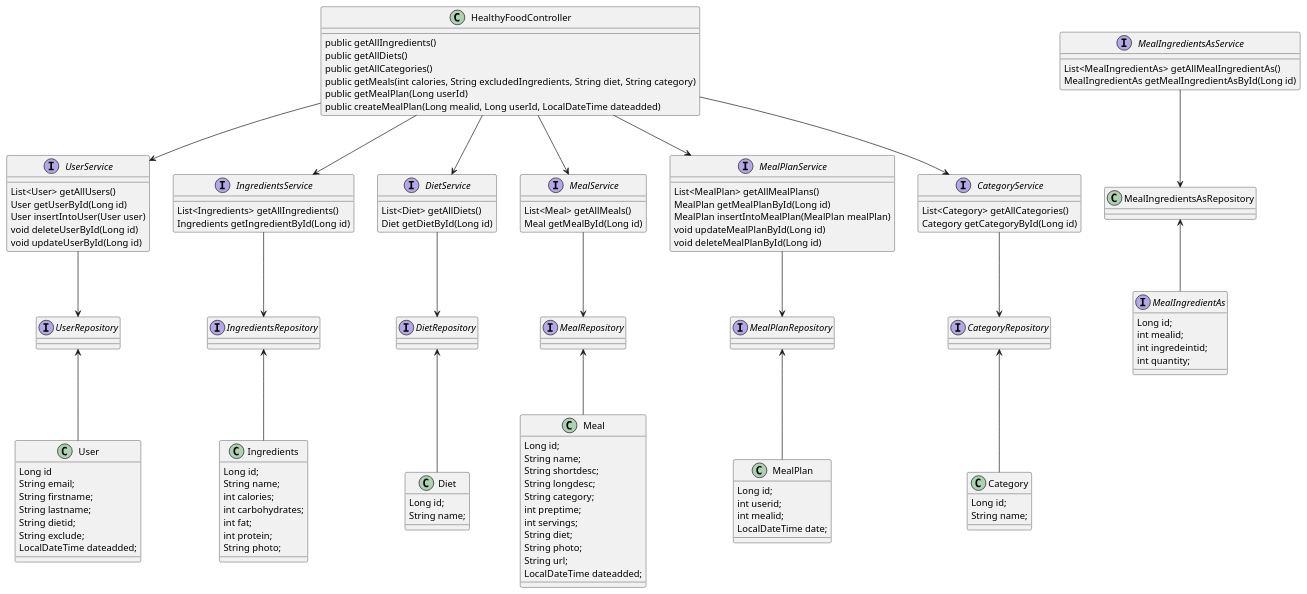
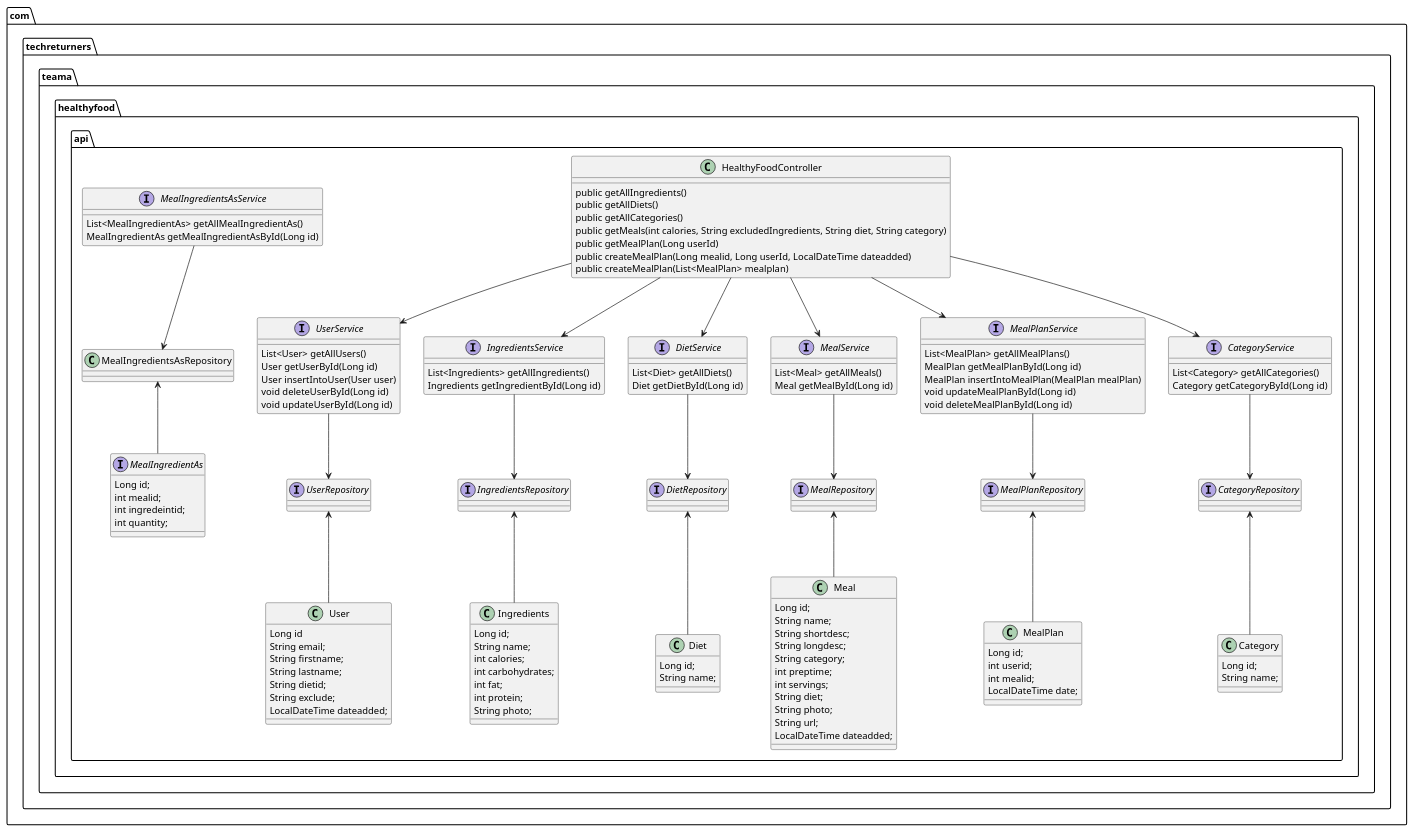
Before and after one commit to jayshree430/healthy-food-api: the diagram in src/main/resources/HealthyFoodControllerAndServicesUML.puml, drawn with PlantUML.

Commit message:
Created an new endpoint for createMealPlan in class diagram HealthyFoodControllerAndServicesUML. also added the whole UML inside a package

```diff
--- a/src/main/resources/HealthyFoodControllerAndServicesUML.puml
+++ b/src/main/resources/HealthyFoodControllerAndServicesUML.puml
@@ -1,146 +1,148 @@
 @startuml
+package "com.techreturners.teama.healthyfood.api" {
 
-HealthyFoodController --> UserService
-HealthyFoodController --> IngredientsService
-HealthyFoodController --> DietService
-HealthyFoodController --> MealService
-HealthyFoodController --> MealPlanService
-HealthyFoodController --> CategoryService
-UserService --> UserRepository
-IngredientsService --> IngredientsRepository
-DietService --> DietRepository
-MealService --> MealRepository
-MealPlanService --> MealPlanRepository
-MealIngredientsAsService --> MealIngredientsAsRepository
-CategoryService --> CategoryRepository
-UserRepository <-- User
-IngredientsRepository <-- Ingredients
-DietRepository <-- Diet
-MealRepository <-- Meal
-MealPlanRepository <-- MealPlan
-CategoryRepository <-- Category
-MealIngredientsAsRepository <-- MealIngredientAs
+    HealthyFoodController --> UserService
+    HealthyFoodController --> IngredientsService
+    HealthyFoodController --> DietService
+    HealthyFoodController --> MealService
+    HealthyFoodController --> MealPlanService
+    HealthyFoodController --> CategoryService
+    UserService --> UserRepository
+    IngredientsService --> IngredientsRepository
+    DietService --> DietRepository
+    MealService --> MealRepository
+    MealPlanService --> MealPlanRepository
+    MealIngredientsAsService --> MealIngredientsAsRepository
+    CategoryService --> CategoryRepository
+    UserRepository <-- User
+    IngredientsRepository <-- Ingredients
+    DietRepository <-- Diet
+    MealRepository <-- Meal
+    MealPlanRepository <-- MealPlan
+    CategoryRepository <-- Category
+    MealIngredientsAsRepository <-- MealIngredientAs
 
-Class HealthyFoodController{
+    Class HealthyFoodController{
 
-    public getAllIngredients()
-    public getAllDiets()
-    public getAllCategories()
-    public getMeals(int calories, String excludedIngredients, String diet, String category)
-    public getMealPlan(Long userId)
-    public createMealPlan(Long mealid, Long userId, LocalDateTime dateadded)
+        public getAllIngredients()
+        public getAllDiets()
+        public getAllCategories()
+        public getMeals(int calories, String excludedIngredients, String diet, String category)
+        public getMealPlan(Long userId)
+        public createMealPlan(Long mealid, Long userId, LocalDateTime dateadded)
+        public createMealPlan(List<MealPlan> mealplan)
+    }
+    interface DietService {
+        List<Diet> getAllDiets()
+        Diet getDietById(Long id)
+    }
+    interface CategoryService {
+        List<Category> getAllCategories()
+        Category getCategoryById(Long id)
+    }
+    interface IngredientsService {
+
+        List<Ingredients> getAllIngredients()
+        Ingredients getIngredientById(Long id)
+    }
+
+    interface MealPlanService {
+
+        List<MealPlan> getAllMealPlans()
+        MealPlan getMealPlanById(Long id)
+        MealPlan insertIntoMealPlan(MealPlan mealPlan)
+        void updateMealPlanById(Long id)
+        void deleteMealPlanById(Long id)
+    }
+    interface MealIngredientsAsService {
+
+        List<MealIngredientAs> getAllMealIngredientAs()
+        MealIngredientAs getMealIngredientAsById(Long id)
+    }
+
+    interface MealService {
+        List<Meal> getAllMeals()
+        Meal getMealById(Long id)
+    }
+
+    interface UserService {
+        List<User> getAllUsers()
+        User getUserById(Long id)
+        User insertIntoUser(User user)
+        void deleteUserById(Long id)
+        void updateUserById(Long id)
+    }
+
+    class User {
+        Long id
+            String email;
+            String firstname;
+            String lastname;
+            String dietid;
+            String exclude;
+            LocalDateTime dateadded;
+    }
+
+    class Ingredients{
+        Long id;
+        String name;
+        int calories;
+        int carbohydrates;
+        int fat;
+        int protein;
+        String photo;
+    }
+
+    class MealIngredientAs{
+        Long id;
+        int mealid;
+        int ingredeintid;
+        int quantity;
+    }
+
+    class Diet{
+        Long id;
+        String name;
+    }
+
+    class Meal{
+        Long id;
+        String name;
+        String shortdesc;
+        String longdesc;
+        String category;
+        int preptime;
+        int servings;
+        String diet;
+        String photo;
+        String url;
+        LocalDateTime dateadded;
+    }
+
+    class Category{
+        Long id;
+        String name;
+    }
+
+    class MealPlan{
+        Long id;
+        int userid;
+        int mealid;
+        LocalDateTime date;
+    }
+    interface UserRepository{
+    }
+    interface CategoryRepository{
+    }
+    interface IngredientsRepository{
+    }
+    interface DietRepository{
+    }
+    interface MealPlanRepository{
+    }
+    interface MealRepository{
+    }
+    interface MealIngredientAs{
+    }
 }
-interface DietService {
-    List<Diet> getAllDiets()
-    Diet getDietById(Long id)
-}
-interface CategoryService {
-    List<Category> getAllCategories()
-    Category getCategoryById(Long id)
-}
-interface IngredientsService {
-
-    List<Ingredients> getAllIngredients()
-    Ingredients getIngredientById(Long id)
-}
-
-interface MealPlanService {
-
-    List<MealPlan> getAllMealPlans()
-    MealPlan getMealPlanById(Long id)
-    MealPlan insertIntoMealPlan(MealPlan mealPlan)
-    void updateMealPlanById(Long id)
-    void deleteMealPlanById(Long id)
-}
-interface MealIngredientsAsService {
-
-    List<MealIngredientAs> getAllMealIngredientAs()
-    MealIngredientAs getMealIngredientAsById(Long id)
-}
-
-interface MealService {
-    List<Meal> getAllMeals()
-    Meal getMealById(Long id)
-}
-
-interface UserService {
-    List<User> getAllUsers()
-    User getUserById(Long id)
-    User insertIntoUser(User user)
-    void deleteUserById(Long id)
-    void updateUserById(Long id)
-}
-
-class User {
-    Long id
-        String email;
-        String firstname;
-        String lastname;
-        String dietid;
-        String exclude;
-        LocalDateTime dateadded;
-}
-
-class Ingredients{
-    Long id;
-    String name;
-    int calories;
-    int carbohydrates;
-    int fat;
-    int protein;
-    String photo;
-}
-
-class MealIngredientAs{
-    Long id;
-    int mealid;
-    int ingredeintid;
-    int quantity;
-}
-
-class Diet{
-    Long id;
-    String name;
-}
-
-class Meal{
-    Long id;
-    String name;
-    String shortdesc;
-    String longdesc;
-    String category;
-    int preptime;
-    int servings;
-    String diet;
-    String photo;
-    String url;
-    LocalDateTime dateadded;
-}
-
-class Category{
-    Long id;
-    String name;
-}
-
-class MealPlan{
-    Long id;
-    int userid;
-    int mealid;
-    LocalDateTime date;
-}
-interface UserRepository{
-}
-interface CategoryRepository{
-}
-interface IngredientsRepository{
-}
-interface DietRepository{
-}
-interface MealPlanRepository{
-}
-interface MealRepository{
-}
-interface MealIngredientAs{
-}
-
 @enduml
```
